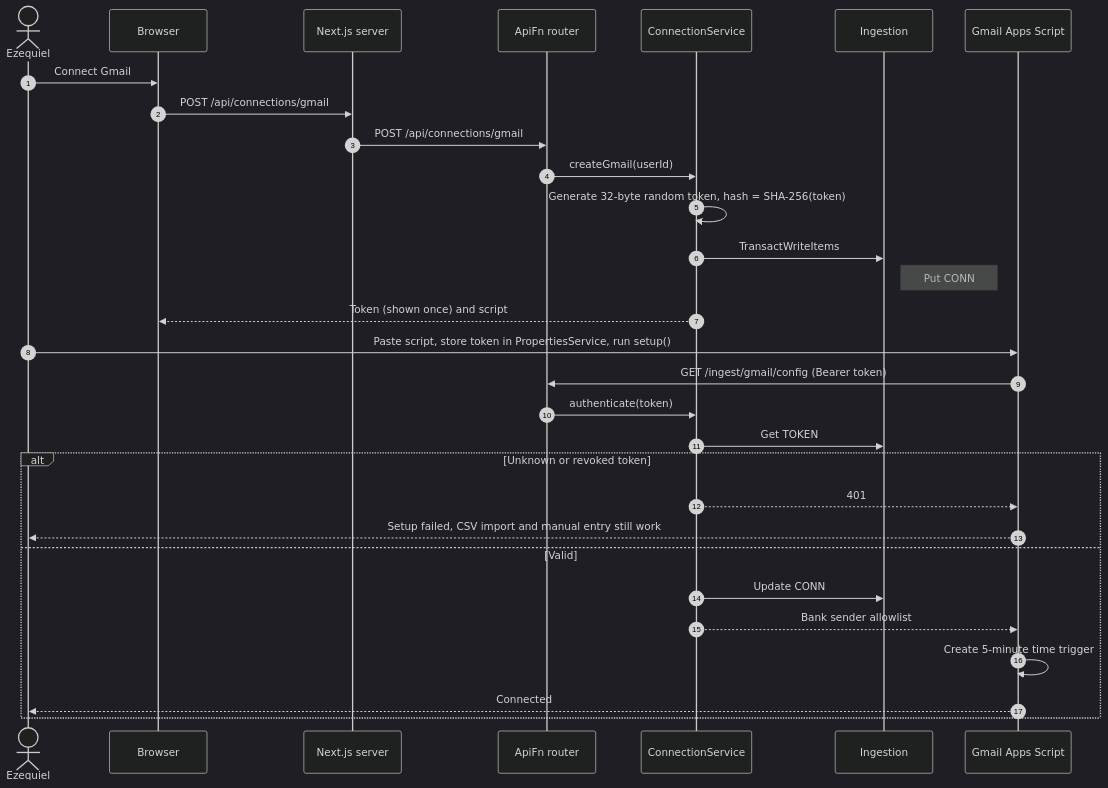
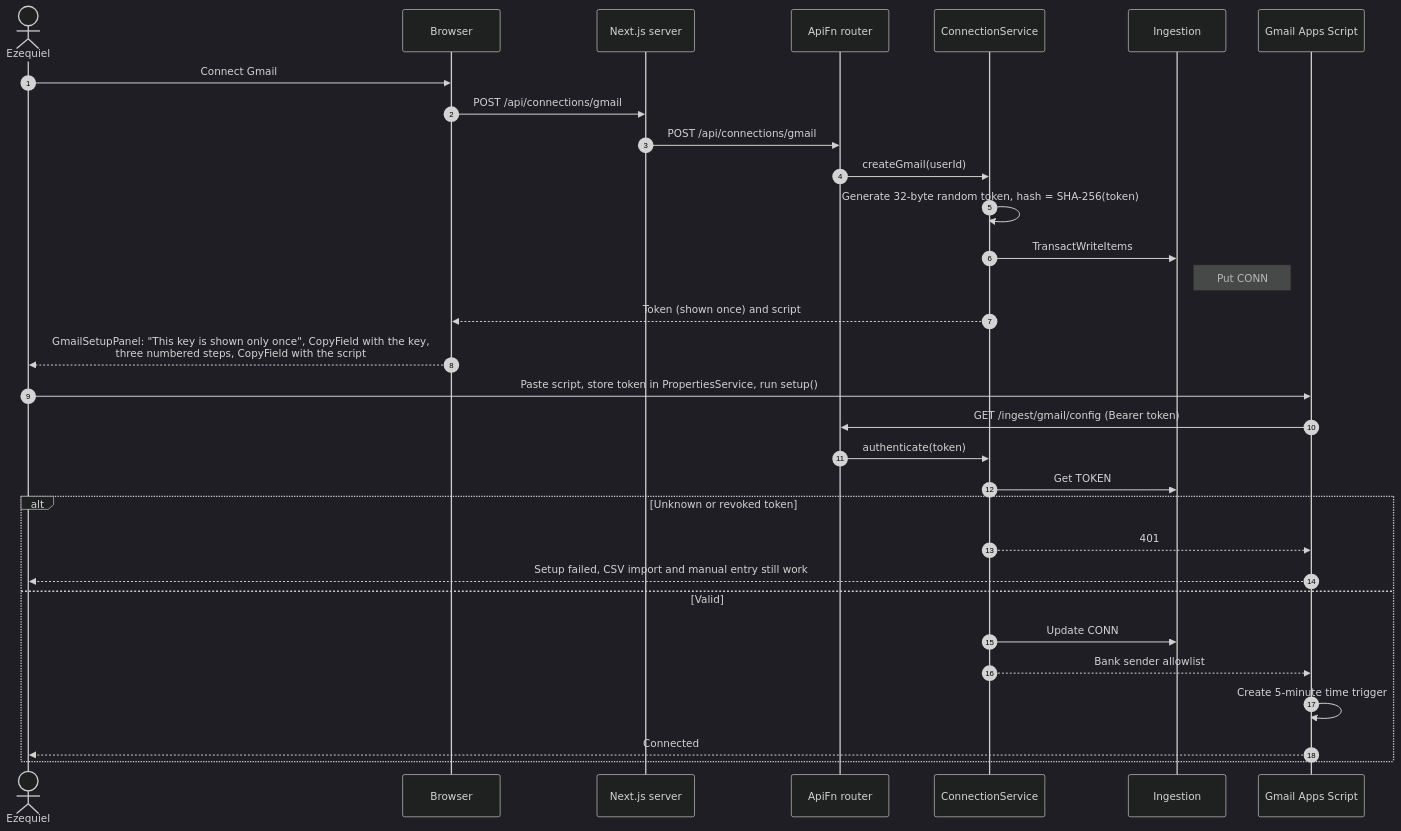
The sixth of 9 diagrams in docs/diagrams/sequences/01-accounts-and-ingestion.md (Ezequiel294/cs3365-finance-app), drawn with Mermaid (dark theme) before and after one commit. The commit also changed other lines of this file and 18 other files, not shown here.

Commit message:
attempt 3 design/architecture changes

````diff
--- a/docs/diagrams/sequences/01-accounts-and-ingestion.md
+++ b/docs/diagrams/sequences/01-accounts-and-ingestion.md
@@ -286,33 +293,34 @@
 ```mermaid
 sequenceDiagram
     autonumber
     actor U as Ezequiel
     participant UI as Browser
     participant Web as Next.js server
     participant API as ApiFn router
     participant CS as ConnectionService
     participant Ing as Ingestion
     participant GS as Gmail Apps Script
 
     U->>UI: Connect Gmail
     UI->>Web: POST /api/connections/gmail
     Web->>API: POST /api/connections/gmail
     API->>CS: createGmail(userId)
     CS->>CS: Generate 32-byte random token, hash = SHA-256(token)
     CS->>Ing: TransactWriteItems
     Note right of Ing: Put CONN#gmail#id (PENDING, tokenPrefix),<br/>Put TOKEN#hash (userId, connId)
     CS-->>UI: Token (shown once) and script
+    UI-->>U: GmailSetupPanel: "This key is shown only once", CopyField with the key,<br/>three numbered steps, CopyField with the script
     U->>GS: Paste script, store token in PropertiesService, run setup()
     GS->>API: GET /ingest/gmail/config (Bearer token)
     API->>CS: authenticate(token)
     CS->>Ing: Get TOKEN#SHA-256(token)
     alt Unknown or revoked token
         CS-->>GS: 401
         GS-->>U: Setup failed, CSV import and manual entry still work
     else Valid
         CS->>Ing: Update CONN#gmail#id (ACTIVE, lastSeenAt)
         CS-->>GS: Bank sender allowlist
         GS->>GS: Create 5-minute time trigger
         GS-->>U: Connected
     end
 ```
````
